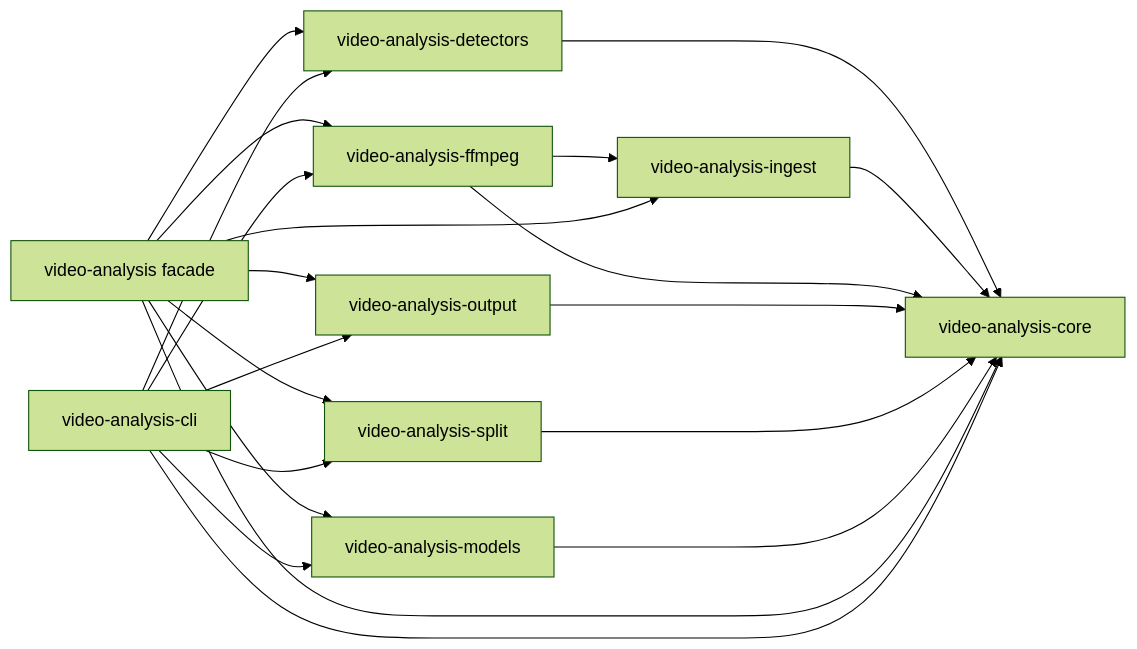
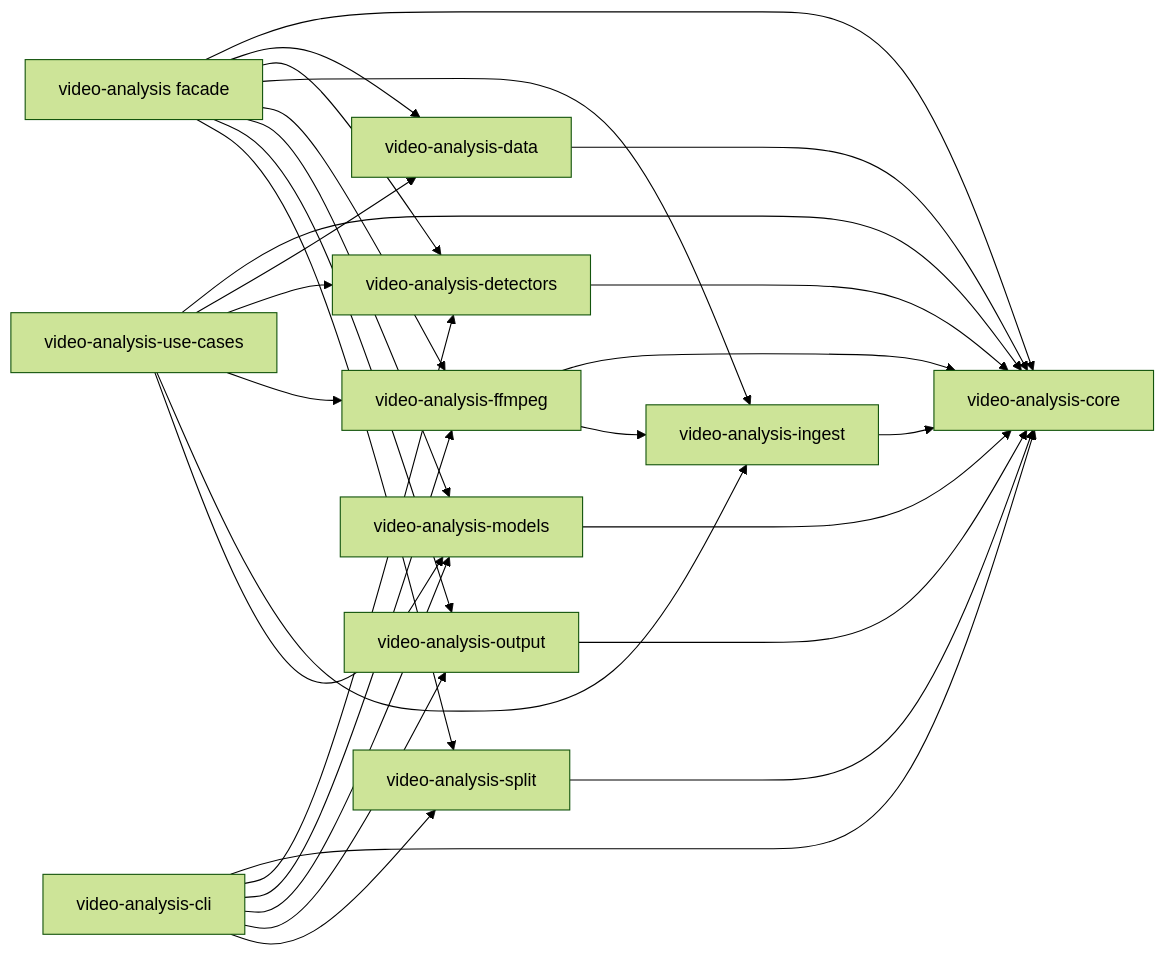
The diagram in README.md (moritzbrantner/rust-packages), drawn with Mermaid (forest theme) before and after one commit. The commit also changed other lines of this file and 7 other files, not shown here.

````diff
--- a/README.md
+++ b/README.md
@@ -26,37 +29,48 @@
 ```mermaid
 flowchart LR
     core[video-analysis-core]
 
+    data[video-analysis-data]
     detectors[video-analysis-detectors]
     ingest[video-analysis-ingest]
     ffmpeg[video-analysis-ffmpeg]
     output[video-analysis-output]
     split[video-analysis-split]
     models[video-analysis-models]
 
     root[video-analysis facade]
     cli[video-analysis-cli]
+    usecases[video-analysis-use-cases]
 
     detectors --> core
+    data --> core
     ingest --> core
     ffmpeg --> core
     ffmpeg --> ingest
     output --> core
     split --> core
     models --> core
 
     root --> core
+    root --> data
     root --> detectors
     root --> ingest
     root --> ffmpeg
     root --> models
     root --> output
     root --> split
 
     cli --> core
     cli --> detectors
     cli --> ffmpeg
     cli --> models
     cli --> output
     cli --> split
+
+    usecases --> core
+    usecases --> data
+    usecases --> detectors
+    usecases --> ffmpeg
+    usecases --> ingest
+    usecases --> models
 ```
````
